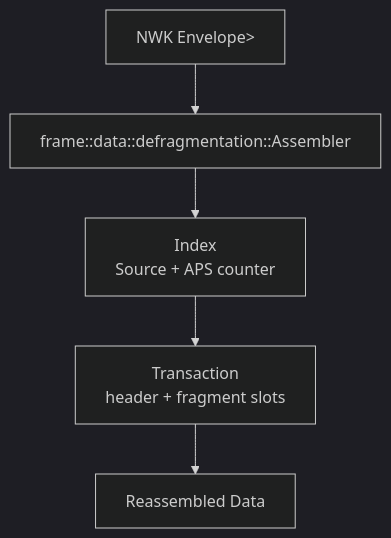
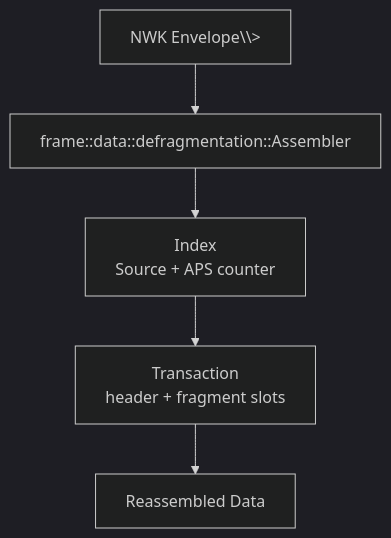
The diagram in apis-saltans-aps/ARCHITECTURE.md (PaulmannLighting/apis-saltans), drawn with Mermaid (dark theme) before and after one commit. The commit also changed other lines of this file, not shown here.

````diff
--- a/apis-saltans-aps/ARCHITECTURE.md
+++ b/apis-saltans-aps/ARCHITECTURE.md
@@ -6,13 +6,13 @@
 ```mermaid
 flowchart TD
-    Envelope["NWK Envelope<Data<Bytes>>"]
+    Envelope["NWK Envelope\<Data\<Bytes\>\>"]
     Assembler["frame::data::defragmentation::Assembler"]
     Index["Index<br/>Source + APS counter"]
     Transaction["Transaction<br/>header + fragment slots"]
     Frame["Reassembled Data<Bytes>"]
 
     Envelope --> Assembler
     Assembler --> Index
     Index --> Transaction
     Transaction --> Frame
 ```
````
